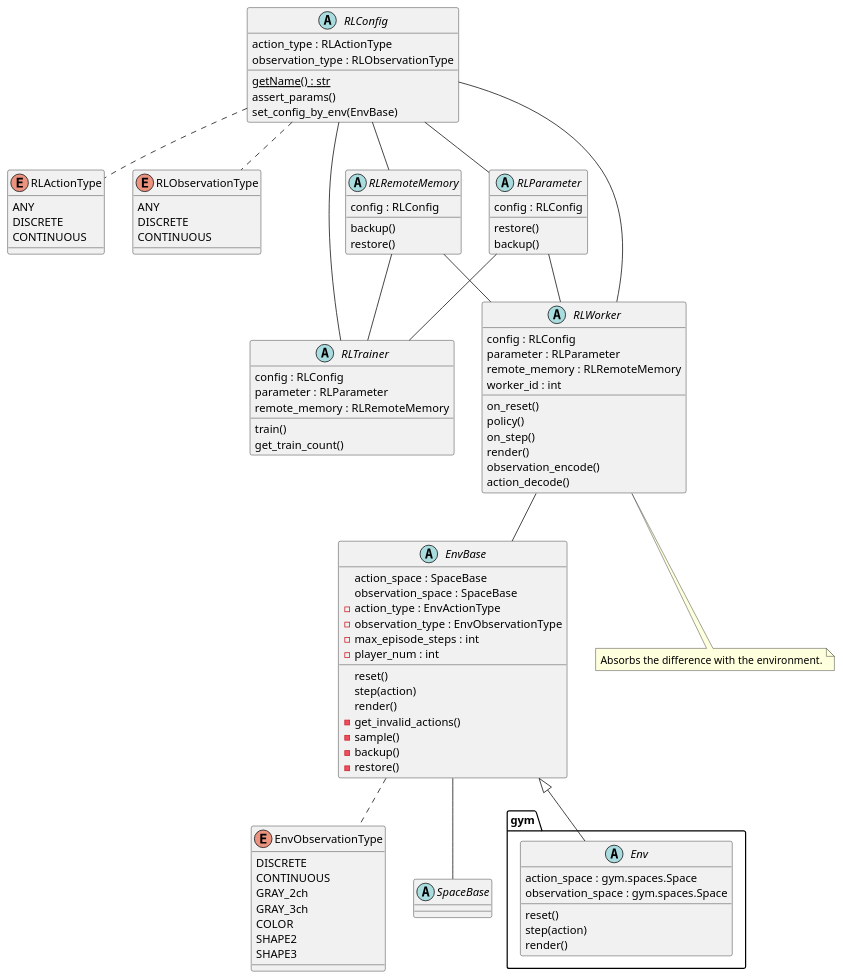
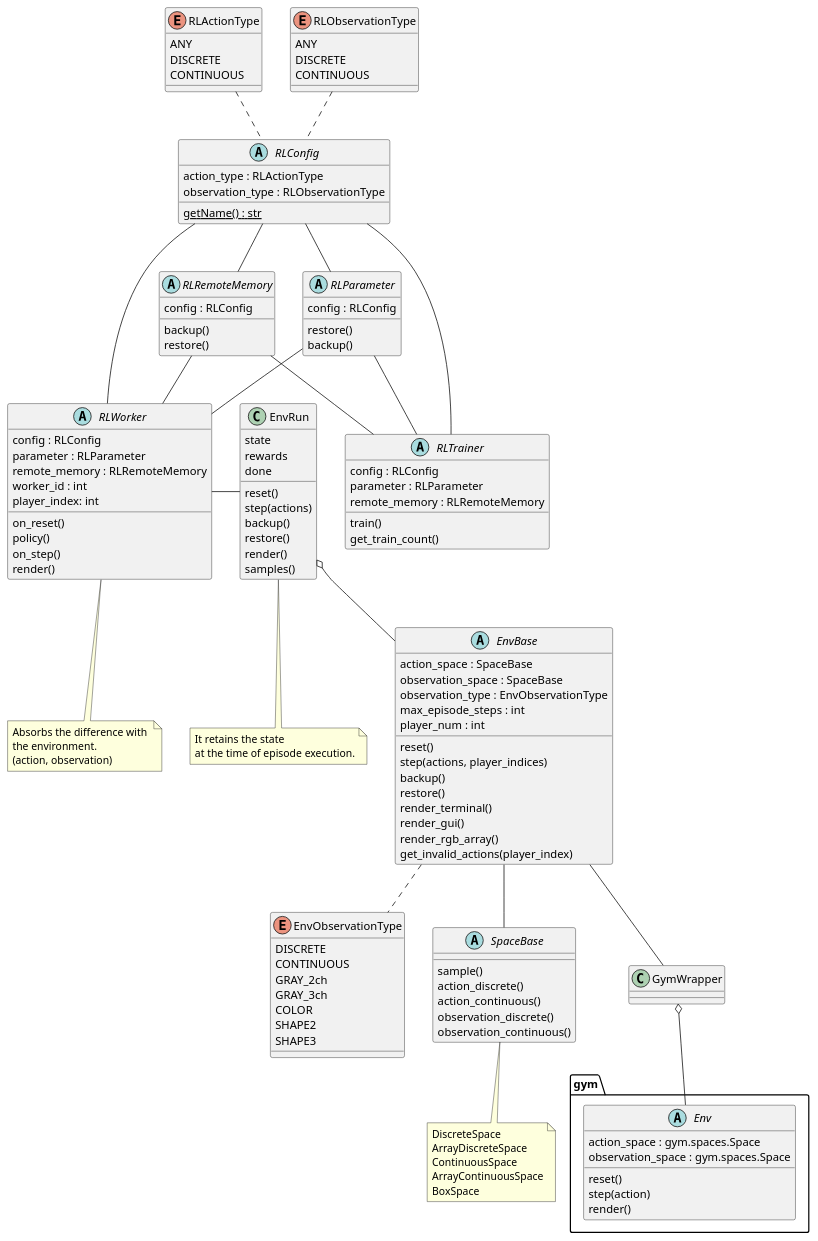
The diagram in diagrams/class.pu (pocokhc/simple_distributed_rl), drawn with PlantUML before and after one commit. The commit also changed 85 other files, not shown here.

```diff
--- a/diagrams/class.pu
+++ b/diagrams/class.pu
@@ -1,118 +1,157 @@
 @startuml class
-
-abstract gym.Env {
-    action_space : gym.spaces.Space
-    observation_space : gym.spaces.Space
-    reset()
-    step(action)
-    render()
-}
-
 
 enum RLActionType {
     ANY
     DISCRETE
     CONTINUOUS
 }
 
 enum RLObservationType {
     ANY
     DISCRETE
     CONTINUOUS
 }
 
 enum EnvObservationType {
     DISCRETE
     CONTINUOUS
     GRAY_2ch
     GRAY_3ch
     COLOR
     SHAPE2
     SHAPE3
 }
 
+
+abstract SpaceBase {
+    sample()
+    action_discrete()
+    action_continuous()
+    observation_discrete()
+    observation_continuous()
+}
+
+note as SpaceMemo
+DiscreteSpace
+ArrayDiscreteSpace
+ContinuousSpace
+ArrayContinuousSpace
+BoxSpace
+end note
+
+SpaceBase <|-- SpaceMemo
+
+
 abstract EnvBase {
     action_space : SpaceBase
     observation_space : SpaceBase
+    observation_type : EnvObservationType
+    max_episode_steps : int
+    player_num : int
+    reset()
+    step(actions, player_indices)
+    backup()
+    restore()
+    render_terminal()
+    render_gui()
+    render_rgb_array()
+    get_invalid_actions(player_index)
+} 
+
+EnvBase .. EnvObservationType
+EnvBase -- SpaceBase
+
+
+abstract gym.Env {
+    action_space : gym.spaces.Space
+    observation_space : gym.spaces.Space
     reset()
     step(action)
     render()
-    - action_type : EnvActionType
-    - observation_type : EnvObservationType
-    - max_episode_steps : int
-    - player_num : int
-    - get_invalid_actions()
-    - sample()
-    - backup()
-    - restore()
-} 
+}
+class GymWrapper {}
+
+GymWrapper o-- gym.Env
+EnvBase -- GymWrapper
 
 abstract SpaceBase {
 
 }
 
-abstract RLConfig {
-    {static} getName() : str
-    action_type : RLActionType
-    observation_type : RLObservationType
-    assert_params()
-    set_config_by_env(EnvBase)
+class EnvRun {
+    state
+    rewards
+    done
+    reset()
+    step(actions)
+    backup()
+    restore()
+    render()
+    samples()
+}
+EnvRun o-- EnvBase
+
+note "It retains the state \nat the time of episode execution." as EnvRunMemo
+EnvRun .. EnvRunMemo
+
+
+abstract RLWorker {
+    config : RLConfig
+    parameter : RLParameter
+    remote_memory : RLRemoteMemory
+    worker_id : int
+    player_index: int
+    on_reset()
+    policy()
+    on_step()
+    render()
+}
+
+
+RLWorker - EnvRun
+
+note "Absorbs the difference with \nthe environment.\n(action, observation)" as RLWorkerMemo
+RLWorker .. RLWorkerMemo
+
+
+abstract RLTrainer {
+    config : RLConfig
+    parameter : RLParameter
+    remote_memory : RLRemoteMemory
+    train()
+    get_train_count()
 }
 
 abstract RLRemoteMemory {
     config : RLConfig
     backup()
     restore()
 }
 
 abstract RLParameter {
     config : RLConfig
     restore()
     backup()
 }
 
-abstract RLTrainer {
-    config : RLConfig
-    parameter : RLParameter
-    remote_memory : RLRemoteMemory
-    train()
-    get_train_count()
+
+abstract RLConfig {
+    {static} getName() : str
+    action_type : RLActionType
+    observation_type : RLObservationType
 }
+RLActionType .. RLConfig
+RLObservationType .. RLConfig
 
-abstract RLWorker {
-    config : RLConfig
-    parameter : RLParameter
-    remote_memory : RLRemoteMemory
-    worker_id : int
-    on_reset()
-    policy()
-    on_step()
-    render()
-    observation_encode()
-    action_decode()
-}
-
-RLConfig .. RLActionType
-RLConfig .. RLObservationType
-
-
-EnvBase <|-- gym.Env
-EnvBase .. EnvObservationType
-EnvBase -- SpaceBase
-
-RLWorker -- EnvBase
-
-note "Absorbs the difference with the environment." as RLWorkerMemo
-RLWorker .. RLWorkerMemo
-
-RLConfig -- RLWorker
-RLConfig -- RLTrainer
+RLConfig --- RLWorker
+RLConfig --- RLTrainer
 RLConfig -- RLParameter
 RLConfig -- RLRemoteMemory
+
 RLParameter -- RLWorker
 RLParameter -- RLTrainer
 RLRemoteMemory -- RLWorker
 RLRemoteMemory -- RLTrainer
 
 
 @enduml
```
